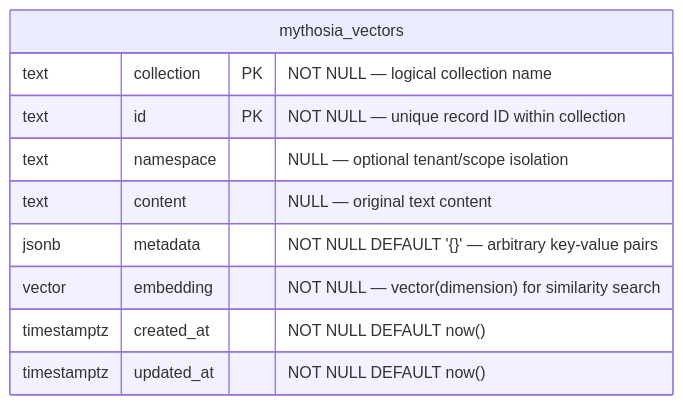
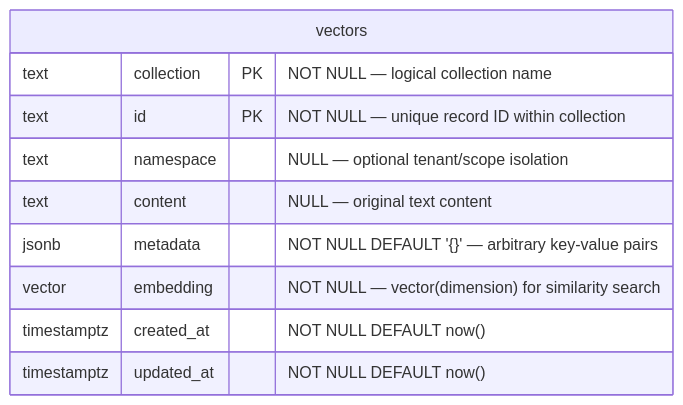
The diagram in vectordb/Mythosia.VectorDb.Postgres/README.md (AJ-comp/Mythosia.AI), drawn with Mermaid before and after one commit. The commit also changed other lines of this file and 20 other files, not shown here.

````diff
--- a/vectordb/Mythosia.VectorDb.Postgres/README.md
+++ b/vectordb/Mythosia.VectorDb.Postgres/README.md
@@ -30,13 +31,13 @@
 ```mermaid
 erDiagram
-    mythosia_vectors {
+    vectors {
         text collection PK "NOT NULL — logical collection name"
         text id PK "NOT NULL — unique record ID within collection"
         text namespace "NULL — optional tenant/scope isolation"
         text content "NULL — original text content"
         jsonb metadata "NOT NULL DEFAULT '{}' — arbitrary key-value pairs"
         vector embedding "NOT NULL — vector(dimension) for similarity search"
         timestamptz created_at "NOT NULL DEFAULT now()"
         timestamptz updated_at "NOT NULL DEFAULT now()"
     }
 ```
````
